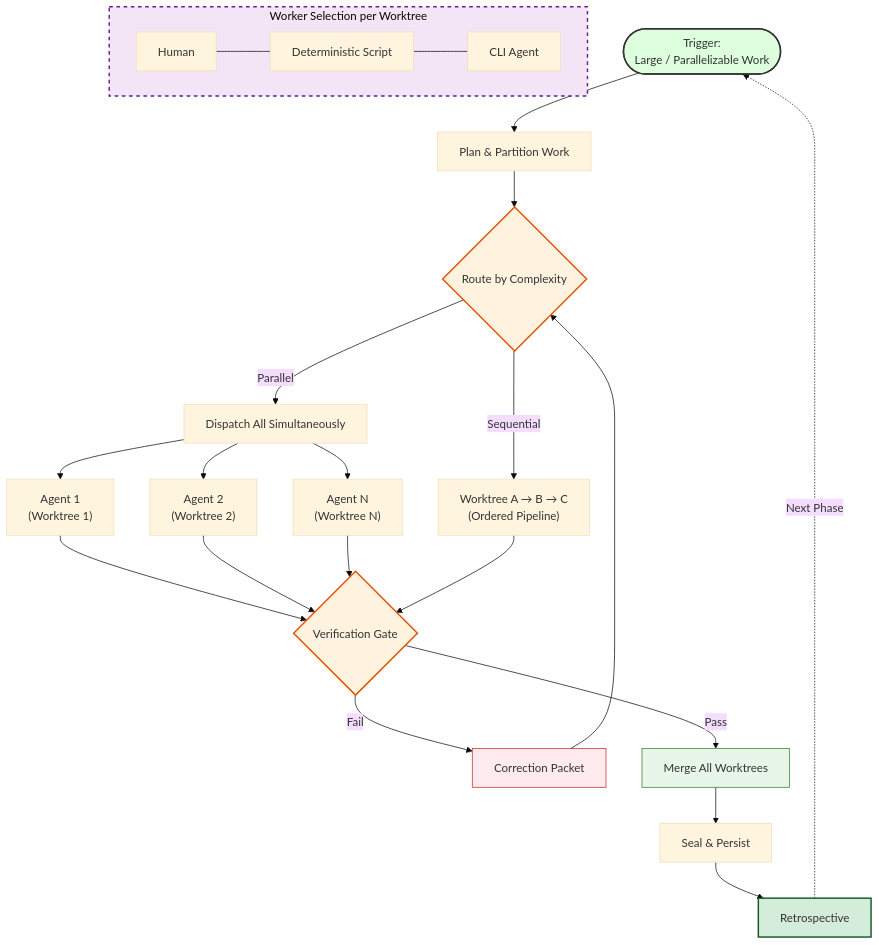
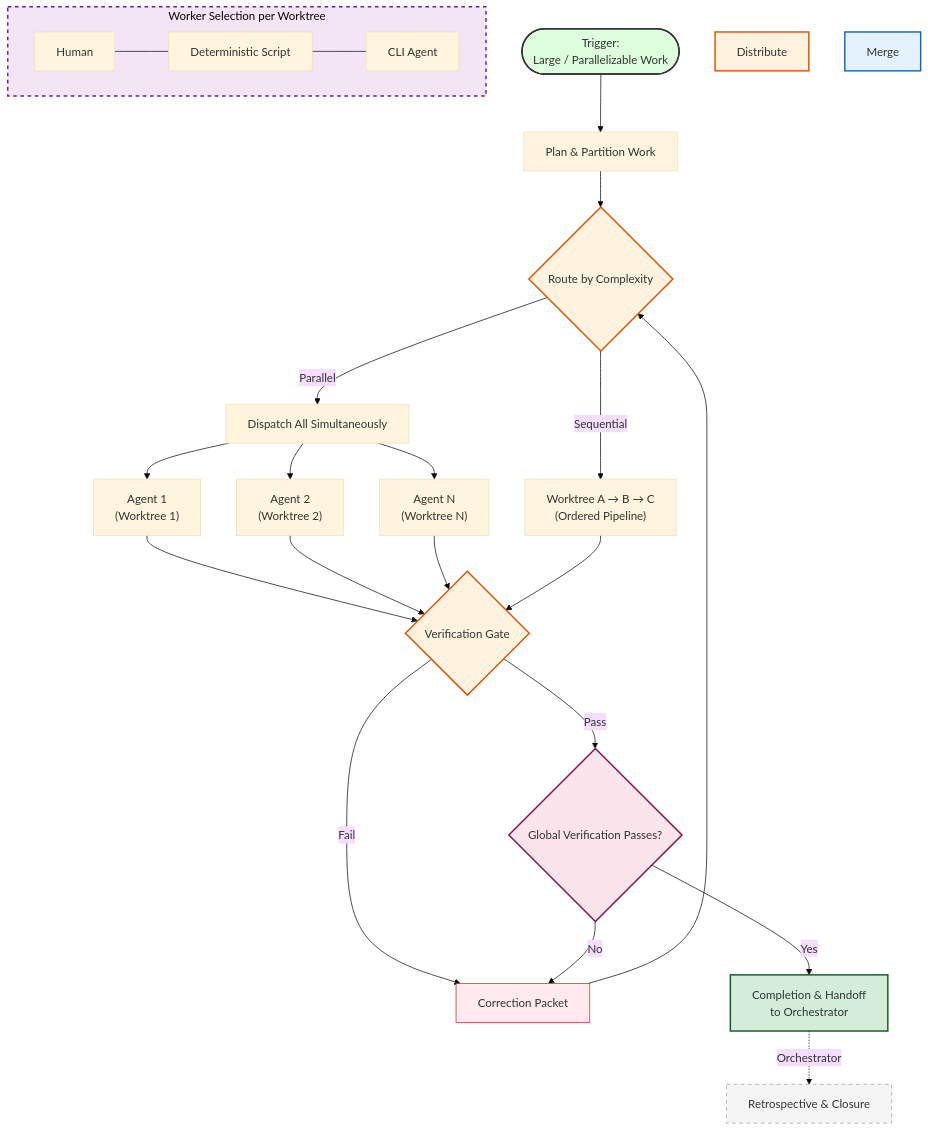
One commit to richfrem/InvestmentToolkit changed the diagram in plugins/agent-loops/resources/diagrams/agent_swarm.mmd. Above: the diagram before and after it, drawn with Mermaid. The commit also changed 192 other files, not shown here.

```diff
--- a/plugins/agent-loops/resources/diagrams/agent_swarm.mmd
+++ b/plugins/agent-loops/resources/diagrams/agent_swarm.mmd
@@ -1,46 +1,49 @@
 ---
 config:
   theme: base
 ---
 
 %% Pattern 4: Agent Swarm
 %% Parallel execution across multiple agents/worktrees with merge verification.
 %% Location: resources/diagrams/agent_swarm.mmd
 
 flowchart TB
     Start(["Trigger:<br>Large / Parallelizable Work"])
     Start --> Plan["Plan & Partition Work"]
     Plan --> Route{"Route by Complexity"}
 
     Route -- "Sequential" --> Seq["Worktree A → B → C<br>(Ordered Pipeline)"]
     Route -- "Parallel" --> Par["Dispatch All Simultaneously"]
 
     Par --> W1["Agent 1<br>(Worktree 1)"]
     Par --> W2["Agent 2<br>(Worktree 2)"]
     Par --> WN["Agent N<br>(Worktree N)"]
 
     subgraph Workers ["Worker Selection per Worktree"]
         direction LR
         Human["Human"] --- Script["Deterministic Script"] --- Agent["CLI Agent"]
     end
 
     W1 --> Verify
     W2 --> Verify
     WN --> Verify
     Seq --> Verify
 
     Verify{"Verification Gate"}
     Verify -- Fail --> Correction["Correction Packet"] --> Route
-    Verify -- Pass --> Merge["Merge All Worktrees"]
-
-    Merge --> Seal["Seal & Persist"]
-    Seal --> Retro["Retrospective"]
-    Retro -.->|"Next Phase"| Start
+    Verify -- Pass --> VerifyGlobal{"Global Verification Passes?"}
+    VerifyGlobal -- No --> Correction
+    
+    VerifyGlobal -- Yes --> Handoff["Completion & Handoff<br>to Orchestrator"]
+    Handoff -.->|Orchestrator| Next["Retrospective & Closure"]
 
     style Start fill:#dfd,stroke:#333,stroke-width:2px
     style Route fill:#fff3e0,stroke:#e65100,stroke-width:2px
     style Verify fill:#fff3e0,stroke:#e65100,stroke-width:2px
     style Workers fill:#f3e5f5,stroke:#6a1b9a,stroke-width:2px,stroke-dasharray: 5 5
-    style Retro fill:#d4edda,stroke:#155724,stroke-width:2px
     style Correction fill:#ffebee,stroke:#c62828
-    style Merge fill:#e8f5e9,stroke:#2e7d32
+    style Distribute fill:#fff3e0,stroke:#e65100,stroke-width:2px
+    style Merge fill:#e3f2fd,stroke:#1565c0,stroke-width:2px
+    style VerifyGlobal fill:#fce4ec,stroke:#880e4f,stroke-width:2px
+    style Handoff fill:#d4edda,stroke:#155724,stroke-width:2px
+    style Next fill:#f5f5f5,stroke:#9e9e9e,stroke-width:1px,stroke-dasharray: 5 5
```
